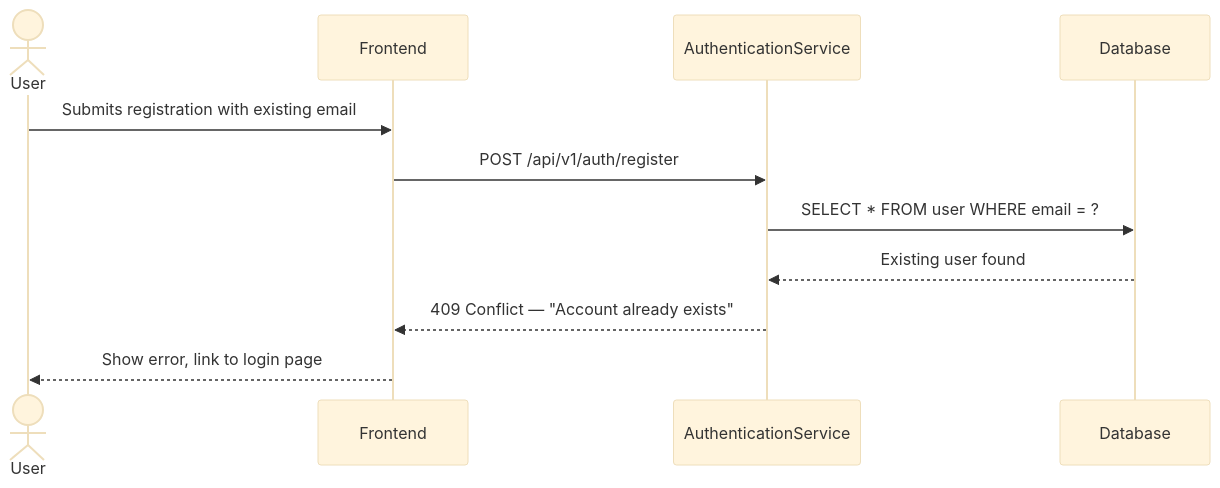
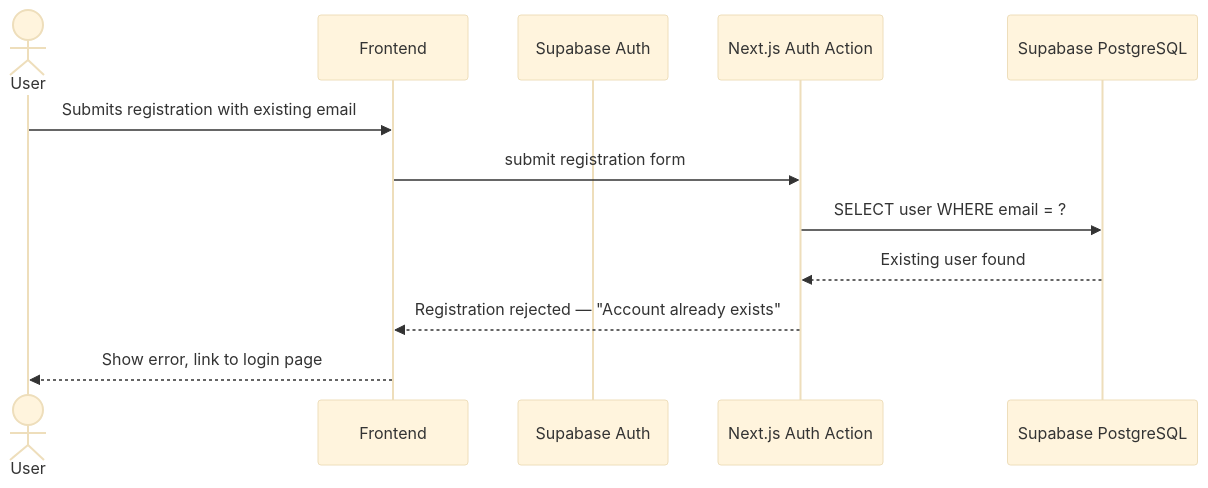
The second of 6 diagrams in part-ii/Sequence-Diagrams.md (wingkit123/QuestLearn), drawn with Mermaid (base theme) before and after one commit. The commit also changed other lines of this file and 10 other files, not shown here.

````diff
--- a/part-ii/Sequence-Diagrams.md
+++ b/part-ii/Sequence-Diagrams.md
@@ -42,14 +42,15 @@
 ```mermaid
 sequenceDiagram
     actor User
     participant FE as Frontend
-    participant Auth as AuthenticationService
-    participant DB as Database
+    participant Auth as Supabase Auth
+    participant App as Next.js Auth Action
+    participant DB as Supabase PostgreSQL
 
     User->>FE: Submits registration with existing email
-    FE->>Auth: POST /api/v1/auth/register
-    Auth->>DB: SELECT * FROM user WHERE email = ?
-    DB-->>Auth: Existing user found
-    Auth-->>FE: 409 Conflict — "Account already exists"
+    FE->>App: submit registration form
+    App->>DB: SELECT user WHERE email = ?
+    DB-->>App: Existing user found
+    App-->>FE: Registration rejected — "Account already exists"
     FE-->>User: Show error, link to login page
 ```
````
